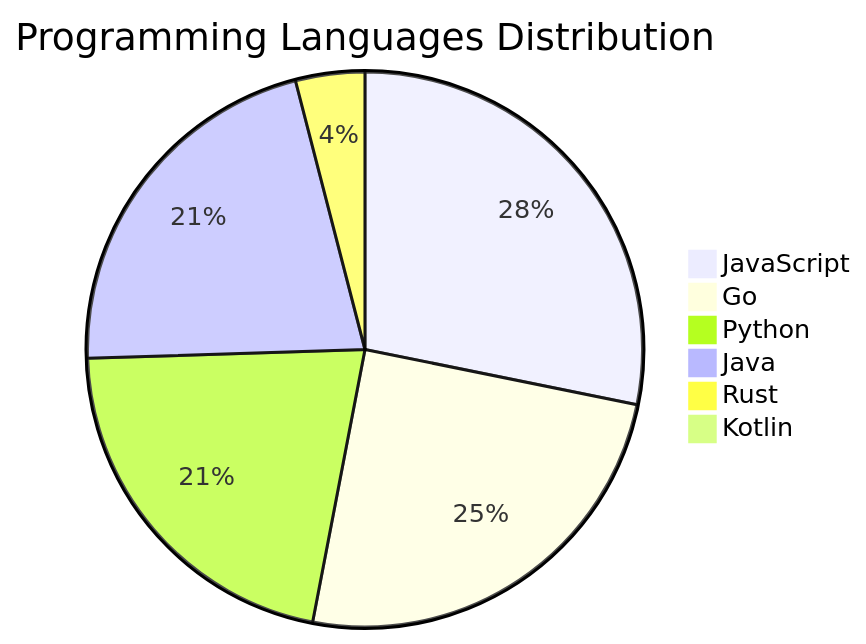
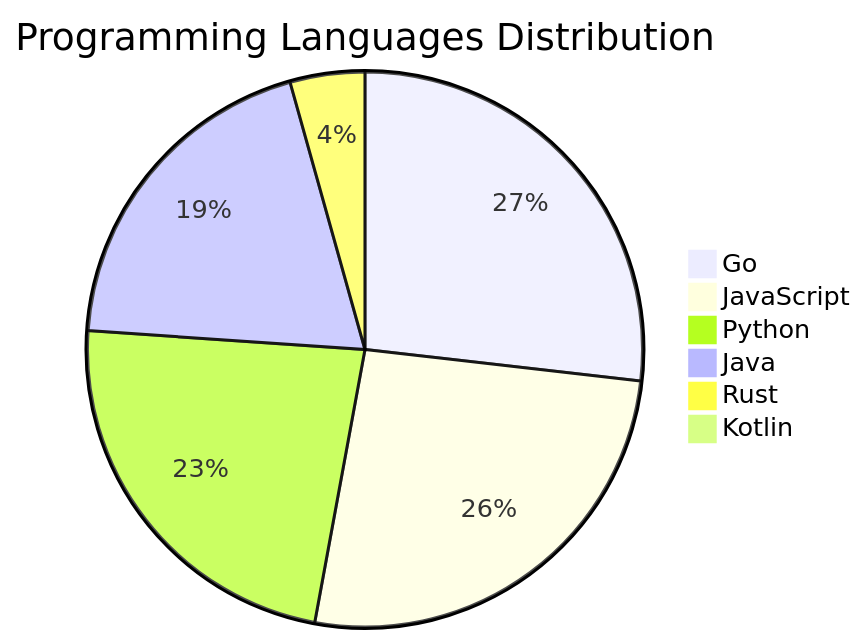
One commit to Derrick-MUGISHA/github-activity-bot changed the diagram in README.md. Above: the diagram before and after it, drawn with Mermaid. The commit also changed other lines of this file and 4 other files, not shown here.

````diff
--- a/README.md
+++ b/README.md
@@ -206,9 +206,9 @@
 ```mermaid
 pie title Programming Languages Distribution
-    "JavaScript" : 42
     "Go" : 37
+    "JavaScript" : 36
     "Python" : 32
-    "Java" : 32
+    "Java" : 27
     "Rust" : 6
     "Kotlin" : 1
 ```
````
